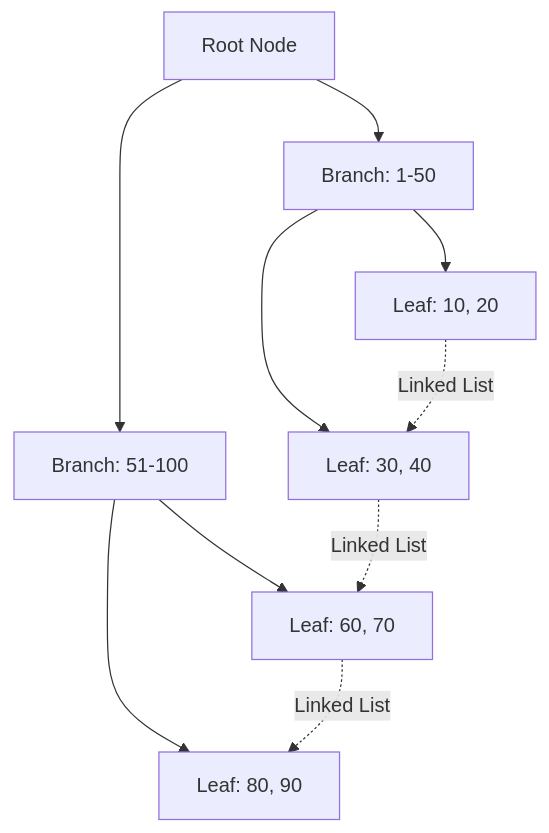
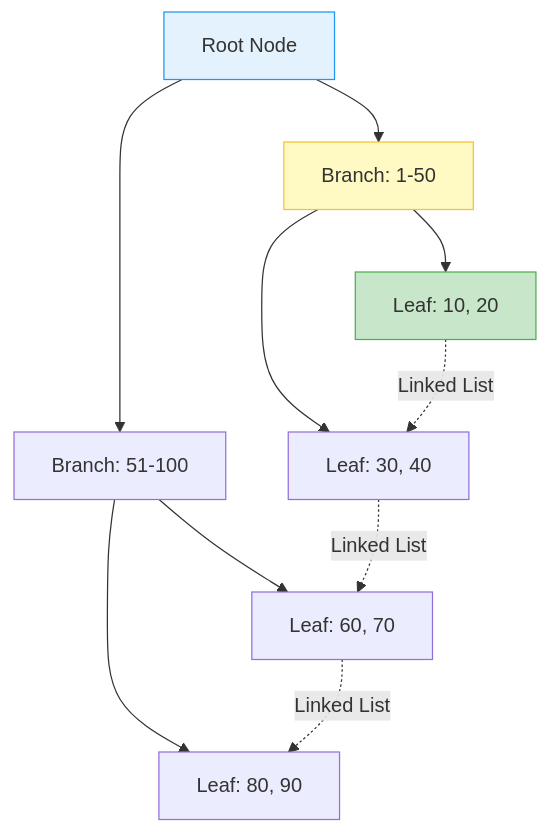
The second of 4 diagrams in content/learning/deep-dive/deep-dive-database-indexing.md (jyukki97/study-blog), drawn with Mermaid before and after one commit. The commit also changed other lines of this file and 3 other files, not shown here.

Commit message:
Refactor Phase 10: High-Scale Data & Architecture (Indexing, Tx, Redis, Kafka)

````diff
--- a/content/learning/deep-dive/deep-dive-database-indexing.md
+++ b/content/learning/deep-dive/deep-dive-database-indexing.md
@@ -30,15 +57,19 @@
 ```mermaid
 graph TD
     Root[Root Node] --> Branch1[Branch: 1-50]
     Root --> Branch2[Branch: 51-100]
     
     Branch1 --> Leaf1[Leaf: 10, 20]
     Branch1 --> Leaf2[Leaf: 30, 40]
     
     Branch2 --> Leaf3[Leaf: 60, 70]
     Branch2 --> Leaf4[Leaf: 80, 90]
     
     Leaf1 -.->|Linked List| Leaf2
     Leaf2 -.->|Linked List| Leaf3
     Leaf3 -.->|Linked List| Leaf4
+    
+    style Root fill:#e3f2fd,stroke:#2196f3
+    style Branch1 fill:#fff9c4,stroke:#fbc02d
+    style Leaf1 fill:#c8e6c9,stroke:#4caf50
 ```
````
